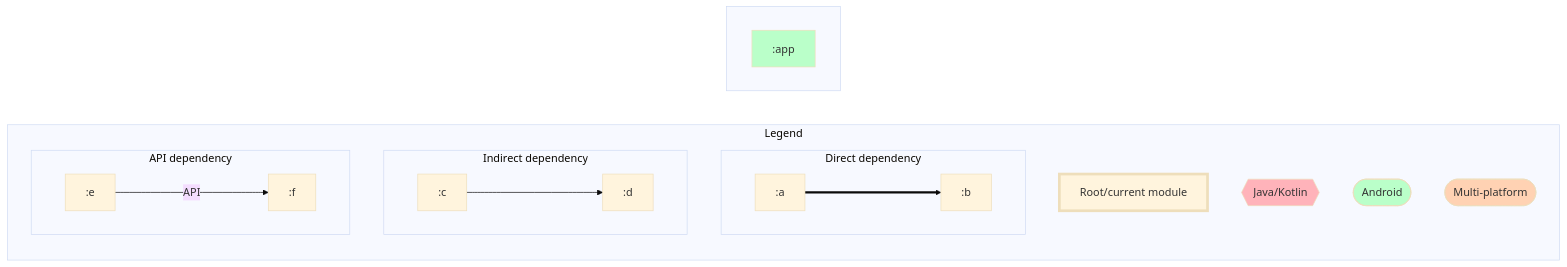
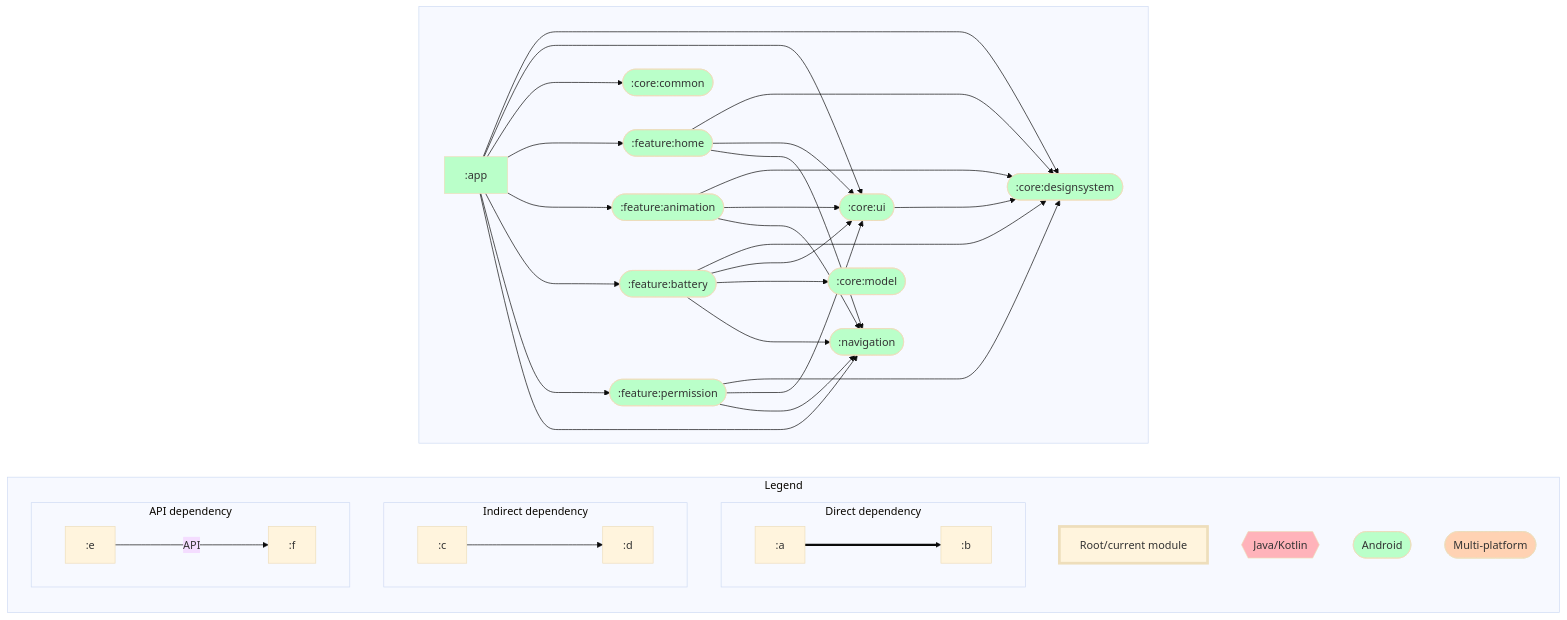
The diagram in dependencyGraph.md (Nu-Therabbit/Android-compose-exemple-01), drawn with Mermaid before and after one commit. The commit also changed 115 other files, not shown here.

````diff
--- a/dependencyGraph.md
+++ b/dependencyGraph.md
@@ -1,41 +1,72 @@
 ```mermaid
 %%{ init: { 'theme': 'base' } }%%
 graph LR;
 
 %% Styling for module nodes by type
 classDef rootNode stroke-width:4px;
 classDef mppNode fill:#ffd2b3,color:#333333;
 classDef andNode fill:#baffc9,color:#333333;
 classDef javaNode fill:#ffb3ba,color:#333333;
 
 %% Graph types
 subgraph Legend
   direction TB;
   rootNode[Root/current module]:::rootNode;
   javaNode{{Java/Kotlin}}:::javaNode;
   andNode([Android]):::andNode;
   mppNode([Multi-platform]):::mppNode;
   subgraph Direct dependency
     direction LR;
     :a===>:b
   end
   subgraph Indirect dependency
     direction LR;
     :c--->:d
   end
   subgraph API dependency
     direction LR;
     :e--API--->:f
   end
 end
 
 %% Modules
 subgraph  
   direction LR;
   :app[:app]:::andNode;
+  :core:common([:core:common]):::andNode;
+  :core:designsystem([:core:designsystem]):::andNode;
+  :core:model([:core:model]):::andNode;
+  :core:ui([:core:ui]):::andNode;
+  :feature:animation([:feature:animation]):::andNode;
+  :feature:battery([:feature:battery]):::andNode;
+  :feature:home([:feature:home]):::andNode;
+  :feature:permission([:feature:permission]):::andNode;
+  :navigation([:navigation]):::andNode;
 end
 
 %% Dependencies
+:app--->:core:designsystem
+:app--->:core:ui
+:app--->:core:common
+:app--->:feature:home
+:app--->:feature:animation
+:app--->:feature:battery
+:app--->:feature:permission
+:app--->:navigation
+:core:ui--->:core:designsystem
+:feature:permission--->:core:designsystem
+:feature:permission--->:core:ui
+:feature:permission--->:navigation
+:feature:battery--->:core:designsystem
+:feature:battery--->:core:ui
+:feature:battery--->:core:model
+:feature:battery--->:navigation
+:feature:animation--->:core:designsystem
+:feature:animation--->:core:ui
+:feature:animation--->:navigation
+:feature:home--->:core:designsystem
+:feature:home--->:core:ui
+:feature:home--->:navigation
 
 %% Dependents
 ```
````
